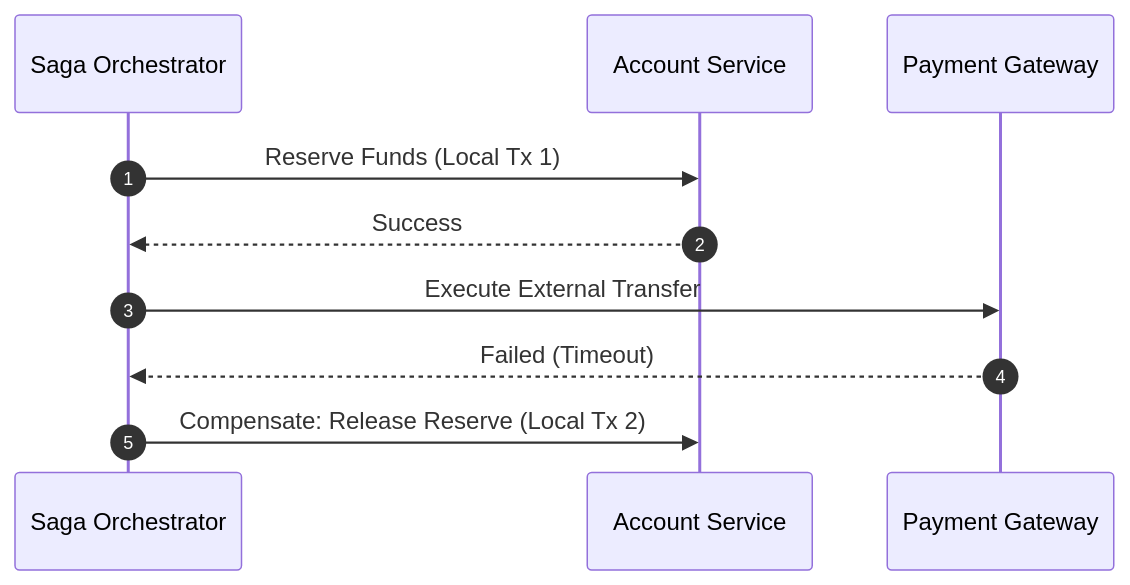
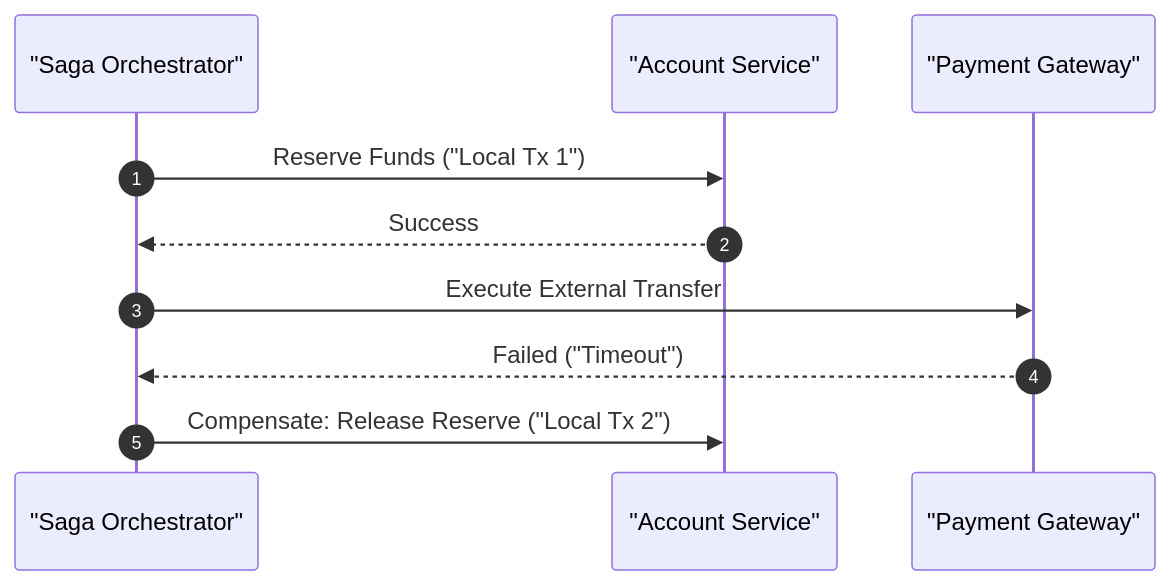
The diagram in content/series/core-banking-architecture/part-4-saga-pattern.md (vesviet/vesviet), drawn with Mermaid before and after one commit. The commit also changed other lines of this file and 331 other files, not shown here.

````diff
--- a/content/series/core-banking-architecture/part-4-saga-pattern.md
+++ b/content/series/core-banking-architecture/part-4-saga-pattern.md
@@ -36,12 +36,12 @@
 ```mermaid
 sequenceDiagram
     autonumber
-    participant O as Saga Orchestrator
-    participant A as Account Service
-    participant P as Payment Gateway
-    O->>A: Reserve Funds (Local Tx 1)
+    participant O as "Saga Orchestrator"
+    participant A as "Account Service"
+    participant P as "Payment Gateway"
+    O->>A: Reserve Funds ("Local Tx 1")
     A-->>O: Success
     O->>P: Execute External Transfer
-    P-->>O: Failed (Timeout)
-    O->>A: Compensate: Release Reserve (Local Tx 2)
+    P-->>O: Failed ("Timeout")
+    O->>A: Compensate: Release Reserve ("Local Tx 2")
 ```
````
